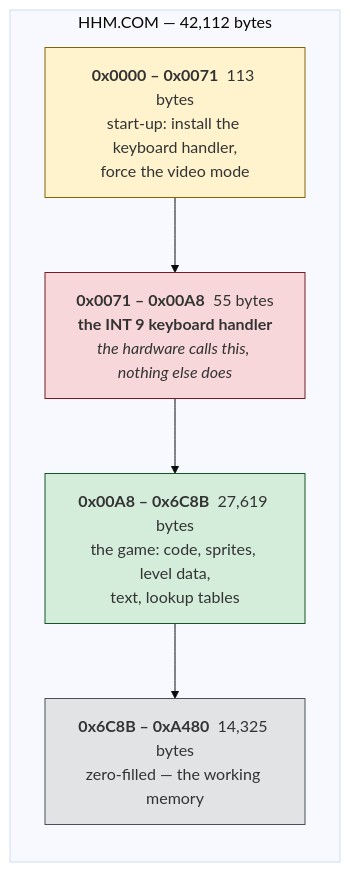
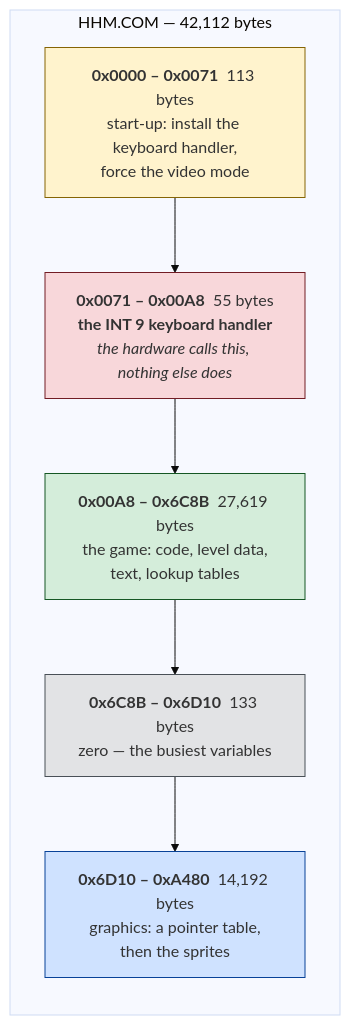
Before and after one commit to agunawijaya/retro-ports: the first of 3 diagrams in hard-hat-mack/docs/02-architecture.md, drawn with Mermaid (base theme). The commit also changed other lines of this file and 1 other file, not shown here.

````diff
--- a/hard-hat-mack/docs/02-architecture.md
+++ b/hard-hat-mack/docs/02-architecture.md
@@ -23,15 +23,17 @@
 ```mermaid
 flowchart TB
     subgraph f["HHM.COM — 42,112 bytes"]
         direction TB
         A["<b>0x0000 – 0x0071</b>&nbsp;&nbsp;113 bytes<br/>start-up: install the keyboard handler,<br/>force the video mode"]
         B["<b>0x0071 – 0x00A8</b>&nbsp;&nbsp;55 bytes<br/><b>the INT 9 keyboard handler</b><br/><i>the hardware calls this, nothing else does</i>"]
-        C["<b>0x00A8 – 0x6C8B</b>&nbsp;&nbsp;27,619 bytes<br/>the game: code, sprites, level data,<br/>text, lookup tables"]
-        D["<b>0x6C8B – 0xA480</b>&nbsp;&nbsp;14,325 bytes<br/>zero-filled — the working memory"]
-        A --> B --> C --> D
+        C["<b>0x00A8 – 0x6C8B</b>&nbsp;&nbsp;27,619 bytes<br/>the game: code, level data,<br/>text, lookup tables"]
+        V["<b>0x6C8B – 0x6D10</b>&nbsp;&nbsp;133 bytes<br/>zero — the busiest variables"]
+        D["<b>0x6D10 – 0xA480</b>&nbsp;&nbsp;14,192 bytes<br/>graphics: a pointer table,<br/>then the sprites"]
+        A --> B --> C --> V --> D
     end
     style A fill:#fff3cd,stroke:#856404
     style B fill:#f8d7da,stroke:#721c24
     style C fill:#d4edda,stroke:#155724
-    style D fill:#e2e3e5,stroke:#495057
+    style V fill:#e2e3e5,stroke:#495057
+    style D fill:#cfe2ff,stroke:#084298
 ```
````
